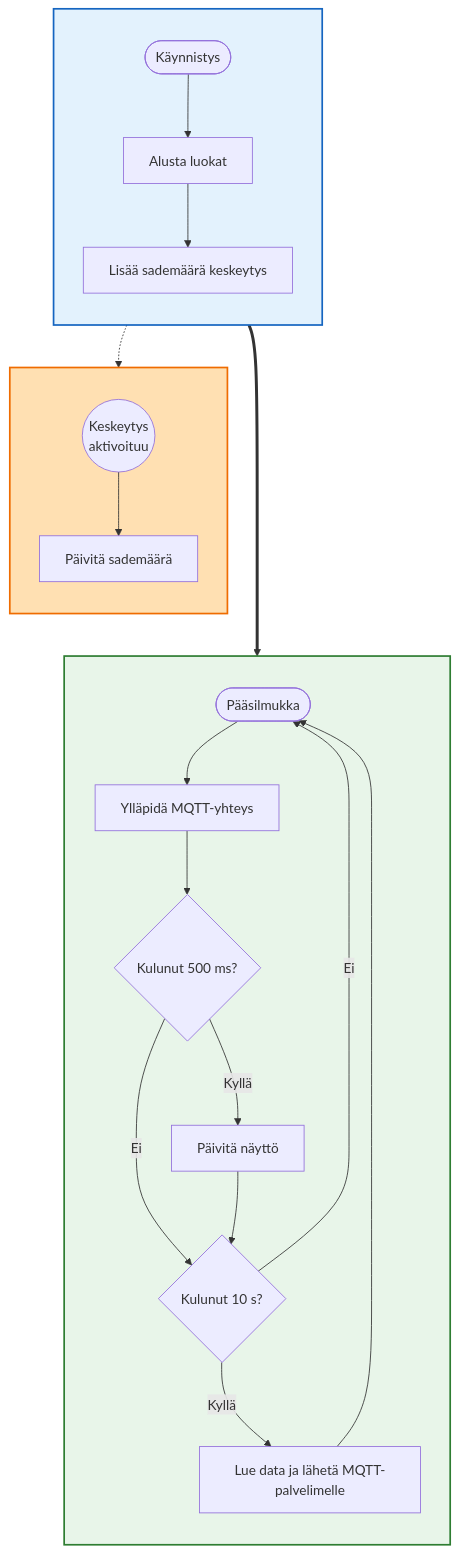
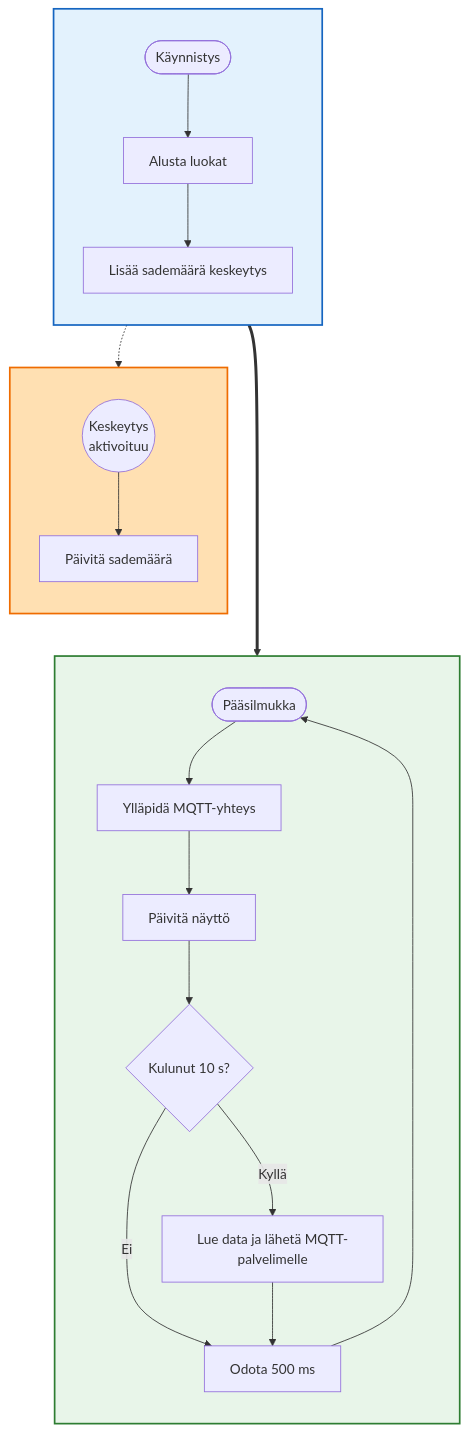
The diagram in README.md (Ossi05/arduino-weather-station), drawn with Mermaid before and after one commit.

Commit message:
Refactor flowchart and update styling in README

````diff
--- a/README.md
+++ b/README.md
@@ -5,41 +5,41 @@
 ```mermaid
 flowchart TD
     %% ALUSTUS (Laatikko 1)
     subgraph Alustus [" "]
         direction TB
         S1([Käynnistys]) --> S2[Alusta luokat]
         S2 --> S3[Lisää sademäärä keskeytys]
     end
 
     %% PÄÄOHJELMA (Laatikko 2)
     subgraph Paaohjelma [" "]
         direction TB
         L1([Pääsilmukka]) --> L2[Ylläpidä MQTT-yhteys]
         
-        L2 --> L3{Kulunut 500 ms?}
-        L3 -- Kyllä --> L4[Päivitä näyttö]
-        L3 -- Ei ---> L5{Kulunut 10 s?}
-        L4 --> L5
+        L2 --> L4[Päivitä näyttö]
+        L4 --> L5{Kulunut 10 s?}
         
         L5 -- Kyllä --> L6[Lue data ja lähetä MQTT-palvelimelle]
-        L5 -- Ei ---> L1
-        L6 --> L1
+        L5 -- Ei ---> L7[Odota 500 ms]
+        
+        L6 --> L7
+        L7 --> L1
     end
 
     %% KESKEYTYS (Laatikko 3)
     subgraph Keskeytys [" "]
         direction TB
         I1((Keskeytys<br>aktivoituu)) --> I2[Päivitä sademäärä]
     end
 
     %% Yhteydet lohkojen välillä
     S3 ===> L1
 
     %% Sivuttaiset yhteydet
     S3 -.-> I1
 
     %% Laatikoiden tyylittely
     style Alustus fill:#E3F2FD,stroke:#1565C0,stroke-width:2px
     style Paaohjelma fill:#E8F5E9,stroke:#2E7D32,stroke-width:2px
-    style Keskeytys fill:#FFE0B2,stroke:#EF6C00,stroke-width:2px
+    style Keskeytys fill:#FFE0B2,stroke:#EF6C00,stroke-width:2
 ```
````
